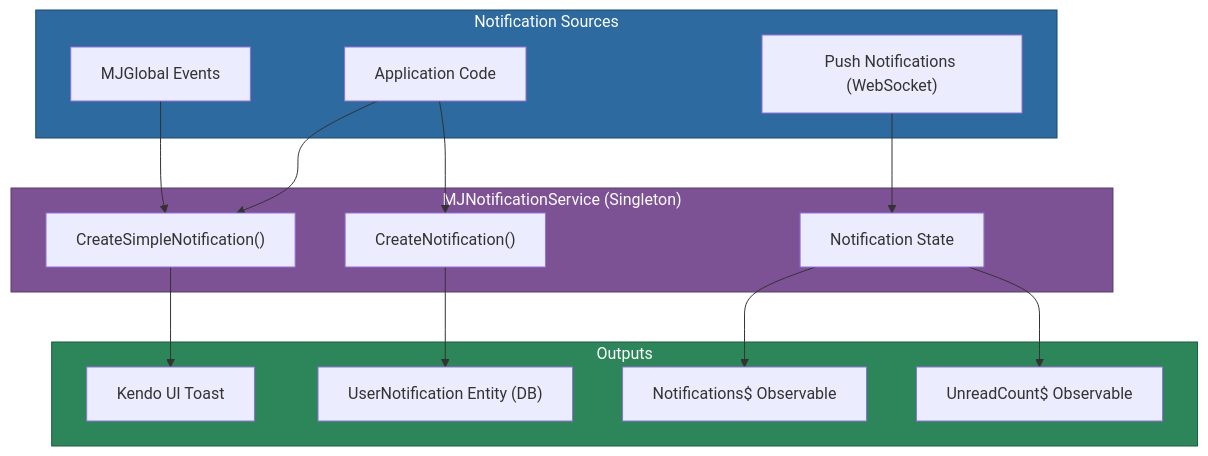
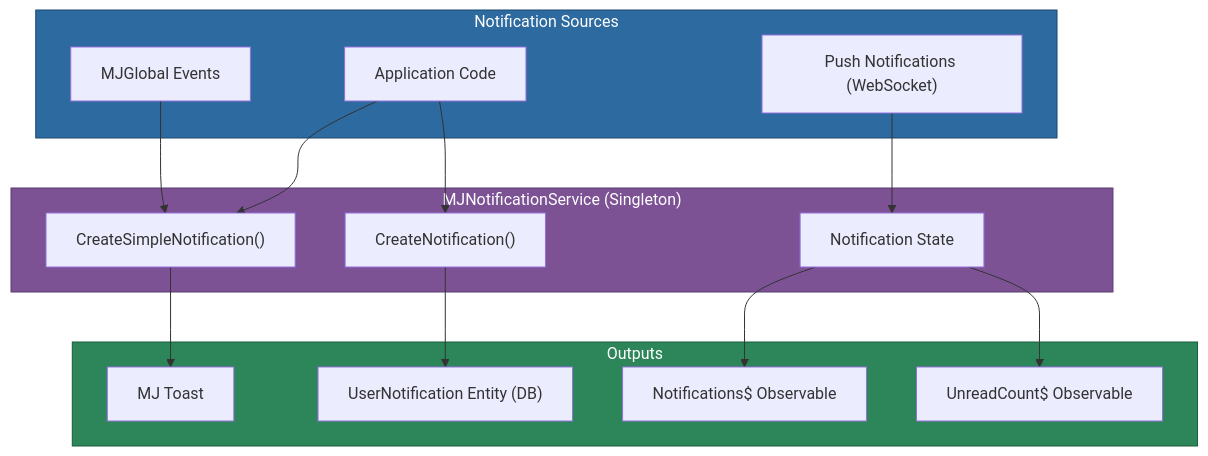
Before and after one commit to MemberJunction/MJ: the diagram in packages/Angular/Generic/notifications/README.md, drawn with Mermaid. The commit also changed other lines of this file and 117 other files, not shown here.

````diff
--- a/packages/Angular/Generic/notifications/README.md
+++ b/packages/Angular/Generic/notifications/README.md
@@ -15,32 +15,32 @@
 ```mermaid
 flowchart TD
     subgraph Sources["Notification Sources"]
         A["Application Code"]
         B["MJGlobal Events"]
         C["Push Notifications (WebSocket)"]
     end
     subgraph Service["MJNotificationService (Singleton)"]
         D["CreateSimpleNotification()"]
         E["CreateNotification()"]
         F["Notification State"]
     end
     subgraph Outputs["Outputs"]
-        G["Kendo UI Toast"]
+        G["MJ Toast"]
         H["UserNotification Entity (DB)"]
         I["Notifications$ Observable"]
         J["UnreadCount$ Observable"]
     end
 
     A --> D
     A --> E
     B --> D
     C --> F
     D --> G
     E --> H
     F --> I
     F --> J
 
     style Sources fill:#2d6a9f,stroke:#1a4971,color:#fff
     style Service fill:#7c5295,stroke:#563a6b,color:#fff
     style Outputs fill:#2d8659,stroke:#1a5c3a,color:#fff
 ```
````
